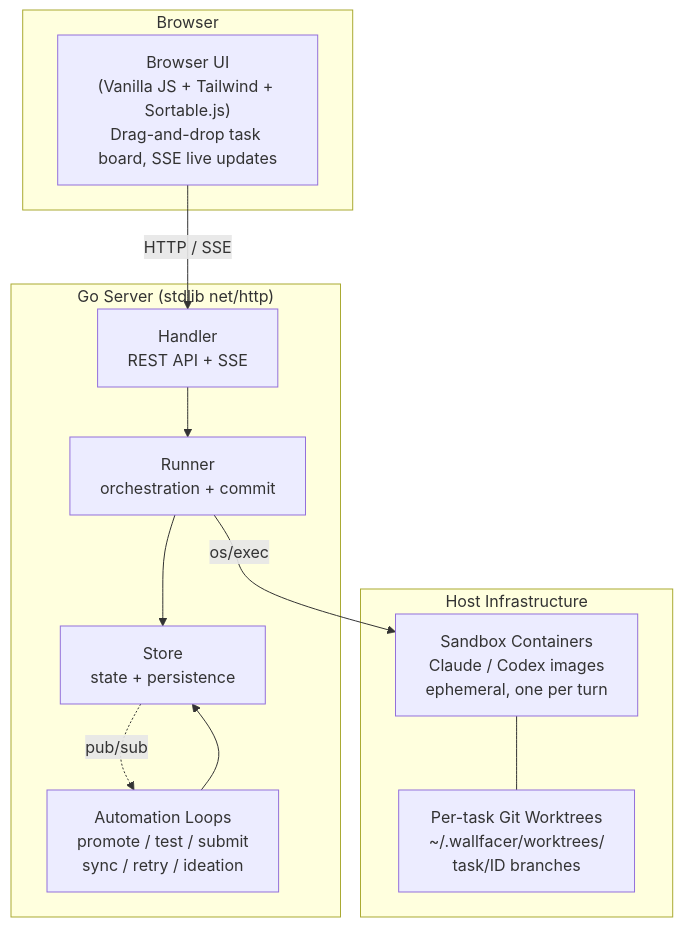
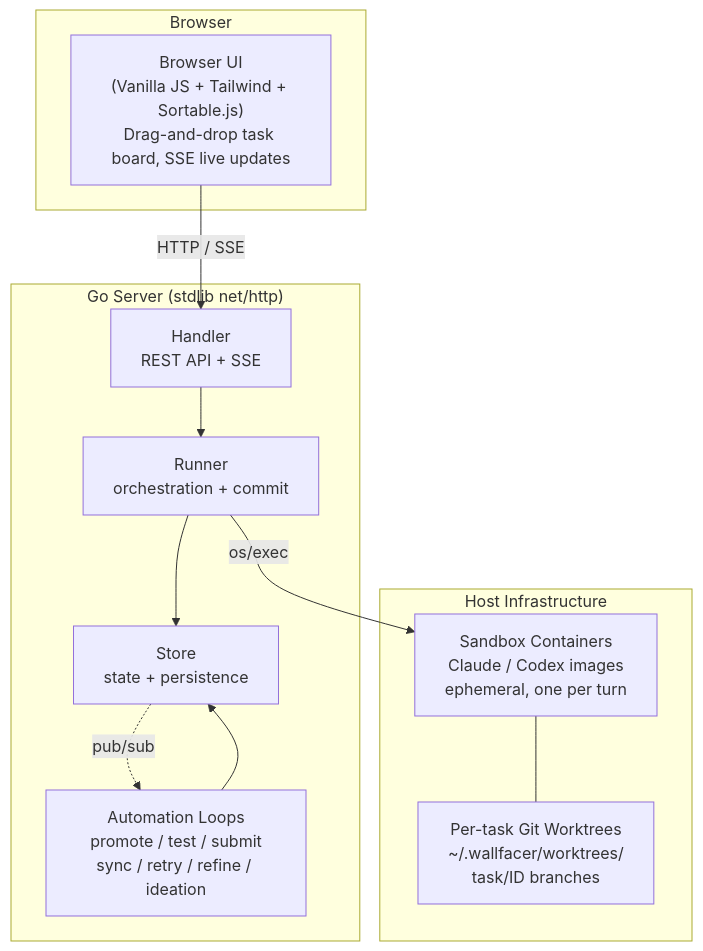
One commit to changkun/wallfacer changed the first of 4 diagrams in docs/internals/architecture.md. Above: the diagram before and after it, drawn with Mermaid. The commit also changed other lines of this file and 6 other files, not shown here.

````diff
--- a/docs/internals/architecture.md
+++ b/docs/internals/architecture.md
@@ -7,27 +7,27 @@
 ```mermaid
 graph TB
     subgraph Browser
         UI["Browser UI<br/>(Vanilla JS + Tailwind + Sortable.js)<br/>Drag-and-drop task board, SSE live updates"]
     end
 
     subgraph Server["Go Server (stdlib net/http)"]
         Handler["Handler<br/>REST API + SSE"]
         Runner["Runner<br/>orchestration + commit"]
         Store["Store<br/>state + persistence"]
-        Automation["Automation Loops<br/>promote / test / submit<br/>sync / retry / ideation"]
+        Automation["Automation Loops<br/>promote / test / submit<br/>sync / retry / refine / ideation"]
 
         Handler --> Runner
         Runner --> Store
         Automation --> Store
         Store -.->|pub/sub| Automation
     end
 
     subgraph Infra["Host Infrastructure"]
         Containers["Sandbox Containers<br/>Claude / Codex images<br/>ephemeral, one per turn"]
         Worktrees["Per-task Git Worktrees<br/>~/.wallfacer/worktrees/<br/>task/ID branches"]
         Containers --- Worktrees
     end
 
     UI -->|"HTTP / SSE"| Handler
     Runner -->|os/exec| Containers
 ```
````
